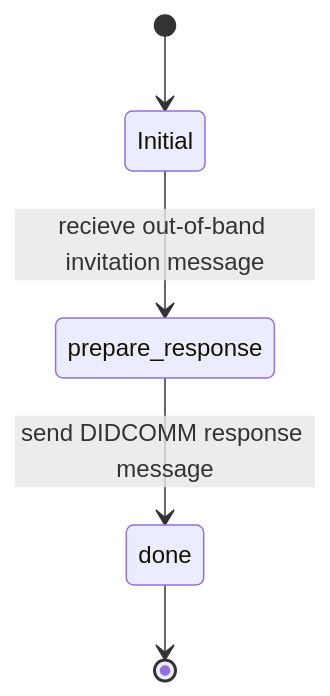
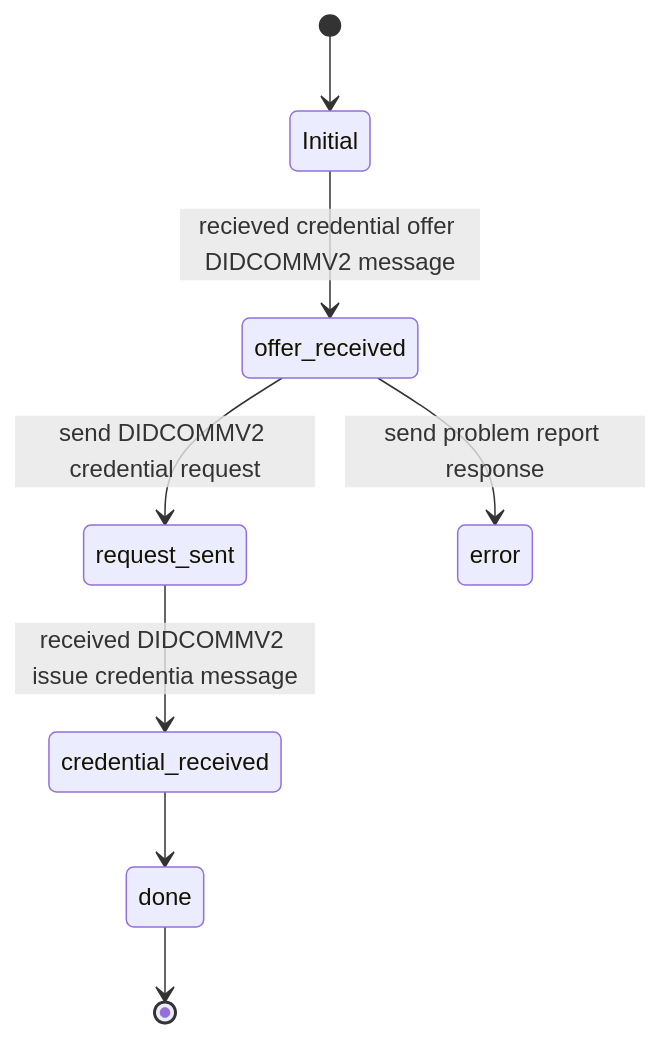
Before and after one commit to hyperledger/identus-cloud-agent: the fourth of 4 diagrams in mercury/prism-mediator/protocol-issue-credential/src/Issue-Credential-Protocol.md, drawn with Mermaid. The commit also changed other lines of this file and 1 other file, not shown here.

Commit message:
[WIP] ATL-1740 Issue Credential based RFC0453 using DIDCOMMV2

````diff
--- a/mercury/prism-mediator/protocol-issue-credential/src/Issue-Credential-Protocol.md
+++ b/mercury/prism-mediator/protocol-issue-credential/src/Issue-Credential-Protocol.md
@@ -43,7 +64,10 @@
 ```mermaid
 stateDiagram-v2
   [*] --> Initial
-  Initial --> prepare_response:recieve out-of-band invitation message
-  prepare_response --> done:send DIDCOMM response message
+  Initial --> offer_received:recieved credential offer DIDCOMMV2 message
+  offer_received --> request_sent: send DIDCOMMV2 credential request
+  request_sent --> credential_received:received DIDCOMMV2 issue credentia message
+  credential_received --> done
+  offer_received --> error:send problem report response
   done --> [*]
 ```
````
